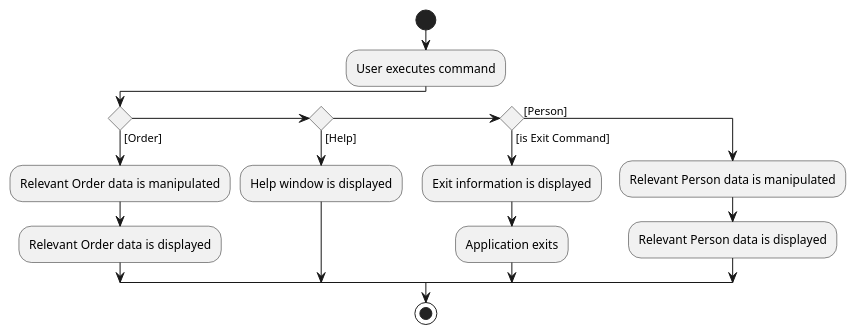
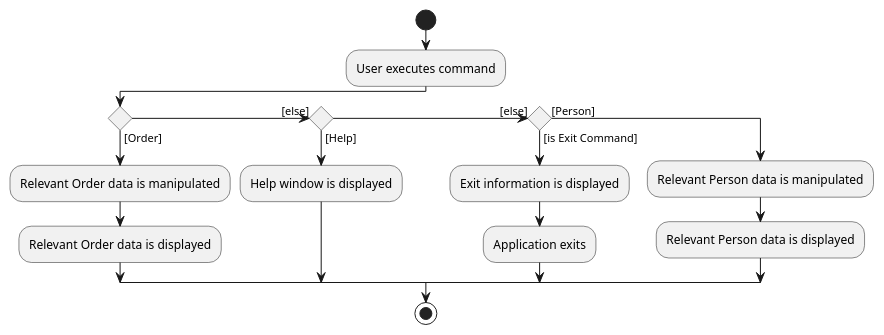
One commit to onefangg/tp changed the diagram in docs/diagrams/DataTogglingActivityDiagram.puml. Above: the diagram before and after it, drawn with PlantUML. The commit also changed 3 other files, not shown here.

Commit message:
Update DG to include incomplete order sequence diagram

```diff
--- a/docs/diagrams/DataTogglingActivityDiagram.puml
+++ b/docs/diagrams/DataTogglingActivityDiagram.puml
@@ -1,19 +1,19 @@
 @startuml
 start
 
 :User executes command;
 if () then ([Order])
     :Relevant Order data is manipulated;
     :Relevant Order data is displayed;
-else if () then ([Help])
+([else]) else if () then ([Help])
     :Help window is displayed;
-else if () then ([is Exit Command])
+([else]) else if () then ([is Exit Command])
     :Exit information is displayed;
     :Application exits;
 else ([Person])
     :Relevant Person data is manipulated;
     :Relevant Person data is displayed;
 endif
 
 stop
 @enduml
```
